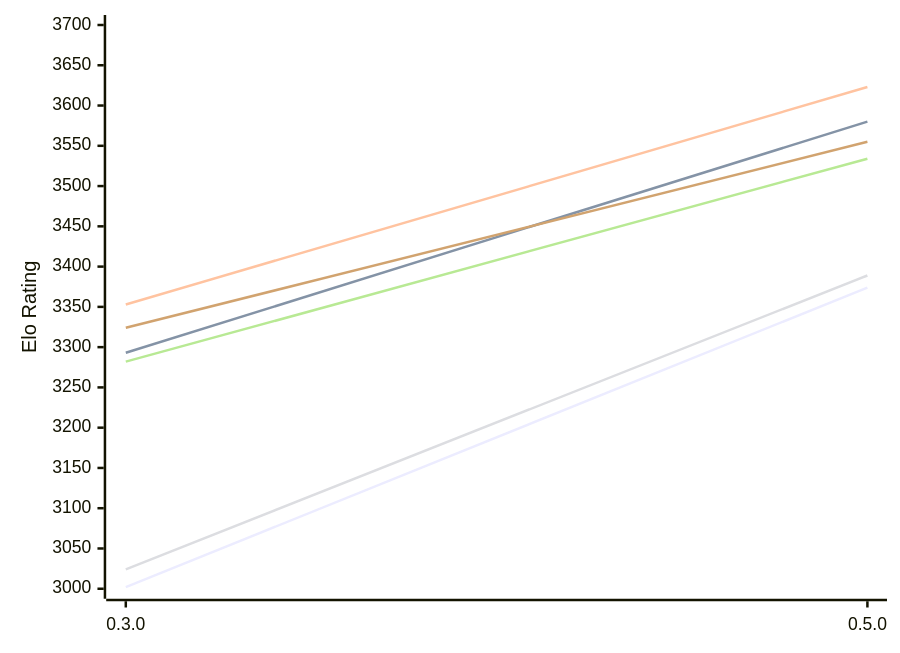
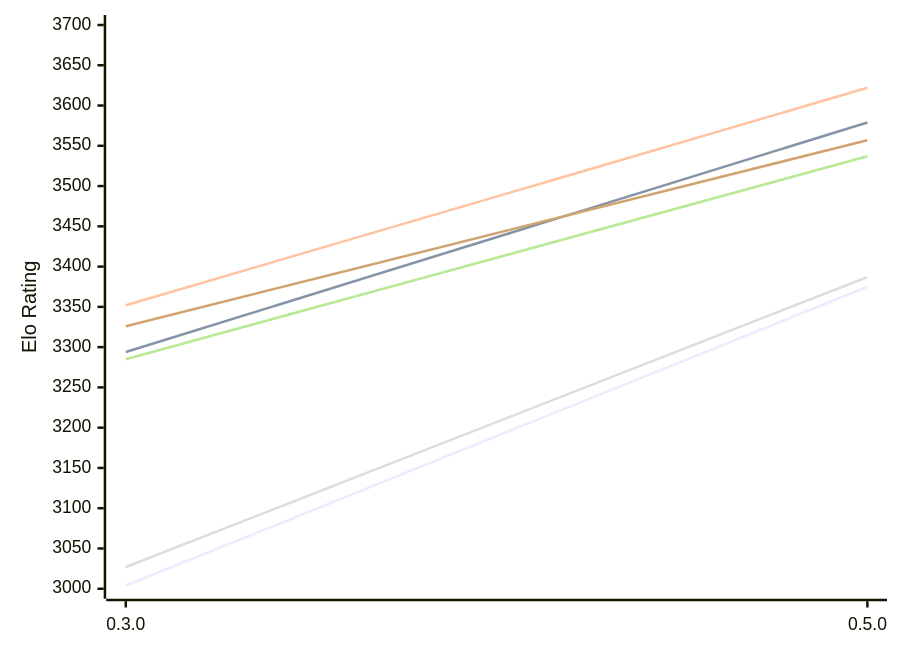
The first of 2 diagrams in engines/Justbot.md (computer-chess-index/cci), drawn with Mermaid before and after one commit. The commit also changed other lines of this file, not shown here.

Commit message:
Update CCI Ratings (ELO VLTC) - 2026-11-24

````diff
--- a/engines/Justbot.md
+++ b/engines/Justbot.md
@@ -53,12 +53,12 @@
 ```mermaid
 %%{init: {"theme":"base","themeVariables":{"seriesColors:['#a3a3a3','#222221','#faa371']}}}%%
 xychart-beta
   x-axis ["0.3.0", "0.5.0"]
   y-axis "Elo Rating" 3000 --> 3700
-  line "E1: STC (8.0+0.08s)" [3002, 3374]
-  line "E1: LTC (60.0+0.60s)" [3293, 3580]
-  line "E1: VLTC (2m24s+1.12s)" [3353, 3623]
-  line "P1: STC (8.0+0.08s)" [3024, 3389]
-  line "P1: LTC (60.0+0.60s)" [3282, 3534]
-  line "P1: VLTC (2m24s+1.12s)" [3324, 3555]
+  line "E1: STC (8.0+0.08s)" [3004, 3375]
+  line "E1: LTC (60.0+0.60s)" [3294, 3579]
+  line "E1: VLTC (2m24s+1.12s)" [3352, 3622]
+  line "P1: STC (8.0+0.08s)" [3027, 3387]
+  line "P1: LTC (60.0+0.60s)" [3285, 3537]
+  line "P1: VLTC (2m24s+1.12s)" [3326, 3557]
 ```
````
